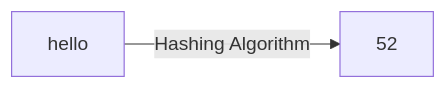
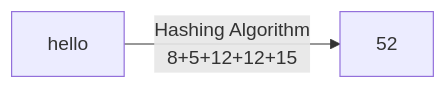
One commit to Rajeev-Tamang/OpenSSL changed the fourth of 4 diagrams in README.md. Above: the diagram before and after it, drawn with Mermaid.

````diff
--- a/README.md
+++ b/README.md
@@ -129,4 +129,4 @@
 ```mermaid
  graph LR
-hello-->|Hashing Algorithm|52
+hello-->|Hashing Algorithm <br> 8+5+12+12+15|52
 ```
````
